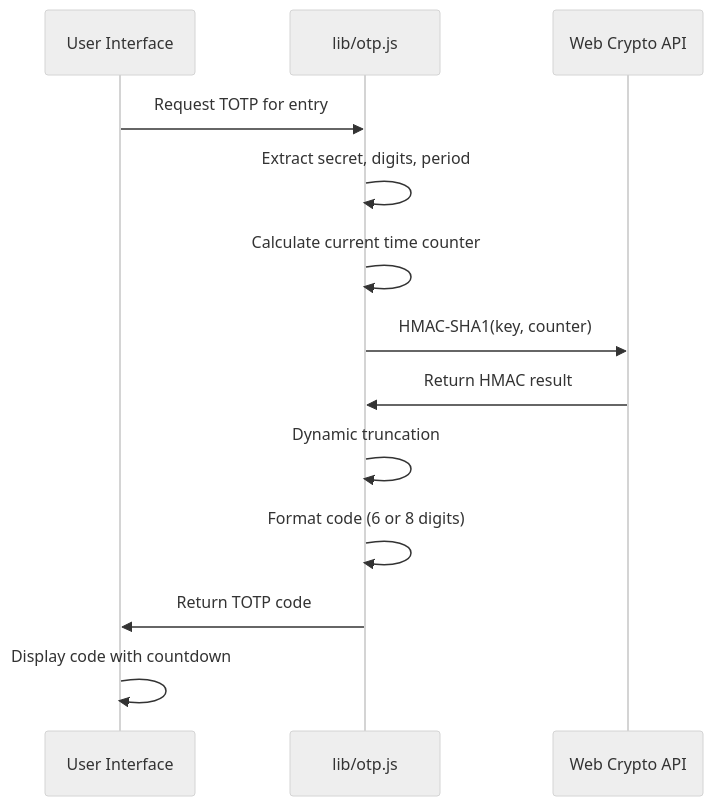
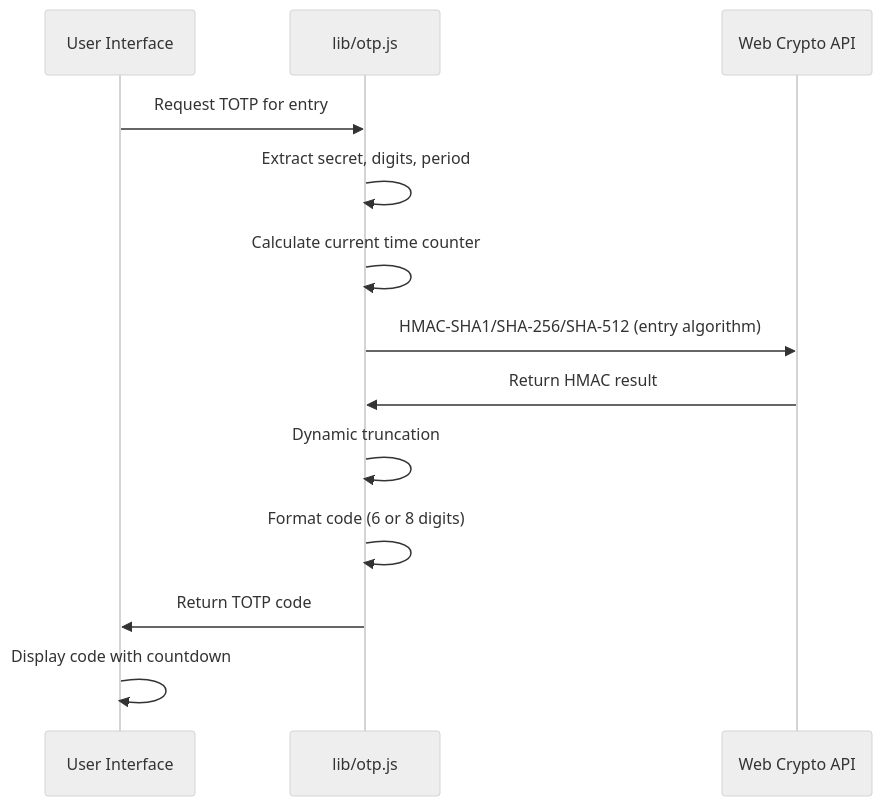
The fourth of 12 diagrams in docs/system-architecture.md (qkhalk/2fa), drawn with Mermaid (neutral theme) before and after one commit. The commit also changed other lines of this file and 2 other files, not shown here.

First line of the commit message:
docs: reconcile summary, architecture, and PDR with v0.2.0 implementation

````diff
--- a/docs/system-architecture.md
+++ b/docs/system-architecture.md
@@ -188,16 +177,16 @@
 ```mermaid
 sequenceDiagram
     participant UI as User Interface
     participant OTP as lib/otp.js
     participant Crypto as Web Crypto API
 
     UI->>OTP: Request TOTP for entry
     OTP->>OTP: Extract secret, digits, period
     OTP->>OTP: Calculate current time counter
-    OTP->>Crypto: HMAC-SHA1(key, counter)
+    OTP->>Crypto: HMAC-SHA1/SHA-256/SHA-512 (entry algorithm)
     Crypto->>OTP: Return HMAC result
     OTP->>OTP: Dynamic truncation
     OTP->>OTP: Format code (6 or 8 digits)
     OTP->>UI: Return TOTP code
     UI->>UI: Display code with countdown
 ```
````
